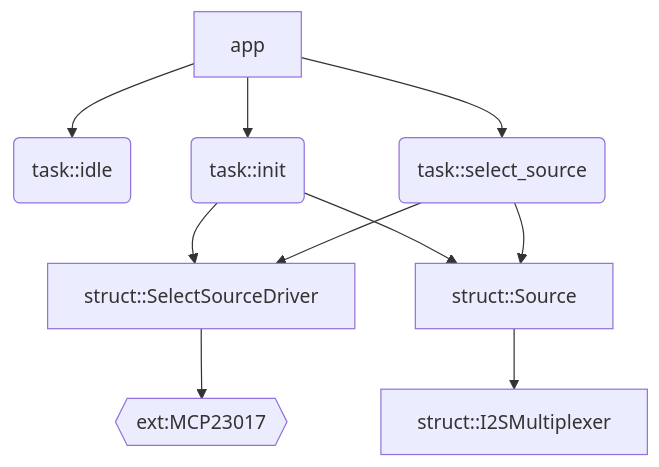
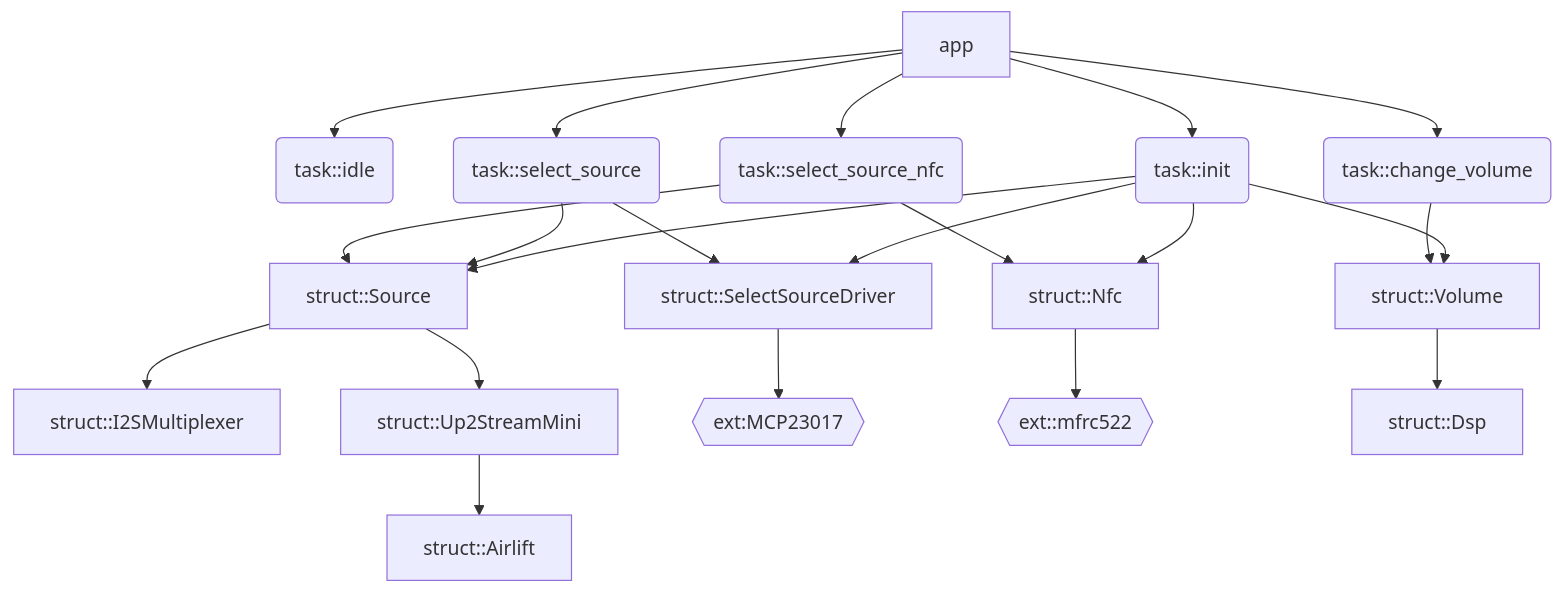
Before and after one commit to adoble/modular-audio: the diagram in docs/model/dependencies/dependencies.md, drawn with Mermaid.

Commit message:
Added new components

````diff
--- a/docs/model/dependencies/dependencies.md
+++ b/docs/model/dependencies/dependencies.md
@@ -3,26 +3,48 @@
 ```mermaid
 
 flowchart TB
+    %% ----- Components -----%%
     idle(task::idle)
     init(task::init)
     select_source(task::select_source)
+    select_source_nfc(task::select_source_nfc)
     SelectSourceDriver[struct::SelectSourceDriver]
     Source[struct::Source]
     I2SMultiplexer[struct::I2SMultiplexer]
+    Up2StreamMini[struct::Up2StreamMini]
+    nfc[struct::Nfc]
+    airlift[struct::Airlift]
+    MCP23017{{ext:MCP23017}}
+    mfrc522{{ext::mfrc522}}
+    change_volume(task::change_volume)
+    volume[struct::Volume]
+    dsp[struct::Dsp]
 
-    MCP23017{{ext:MCP23017}}
 
     app --> idle
     app --> init 
     init --> SelectSourceDriver
     init --> Source
+    init --> volume
+    init --> nfc
+
     app --> select_source
     select_source --> SelectSourceDriver
     select_source --> Source
     SelectSourceDriver --> MCP23017
+
+    app--> select_source_nfc
+    select_source_nfc --> Source
+    select_source_nfc --> nfc --> mfrc522
+
     Source --> I2SMultiplexer
+    Source --> Up2StreamMini  --> airlift
+    
+    app-->change_volume
+    volume-->dsp
+    change_volume-->volume
 
 
 
 
 ```
````
